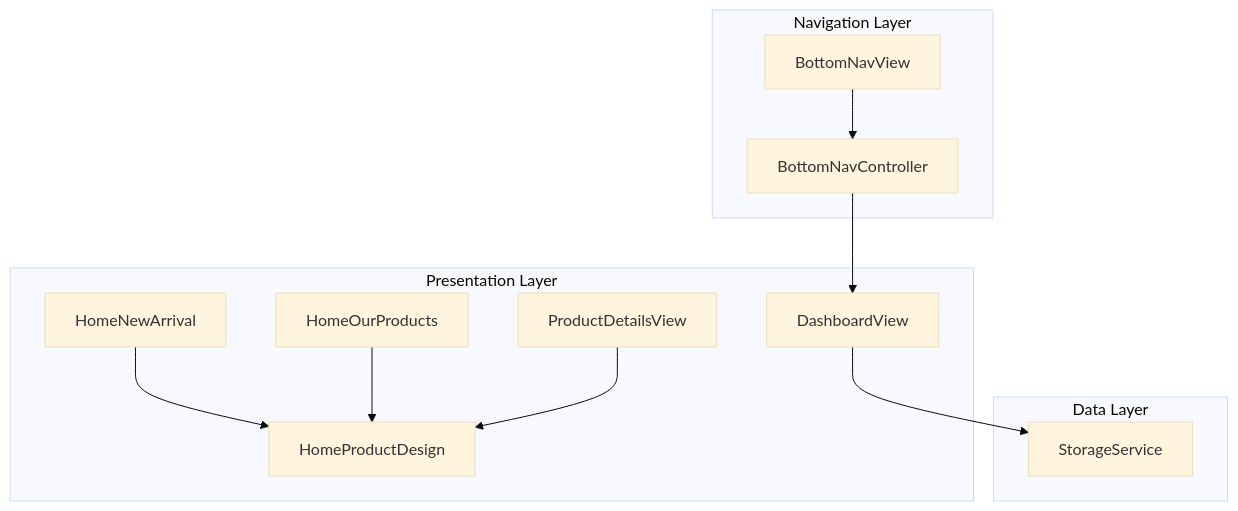
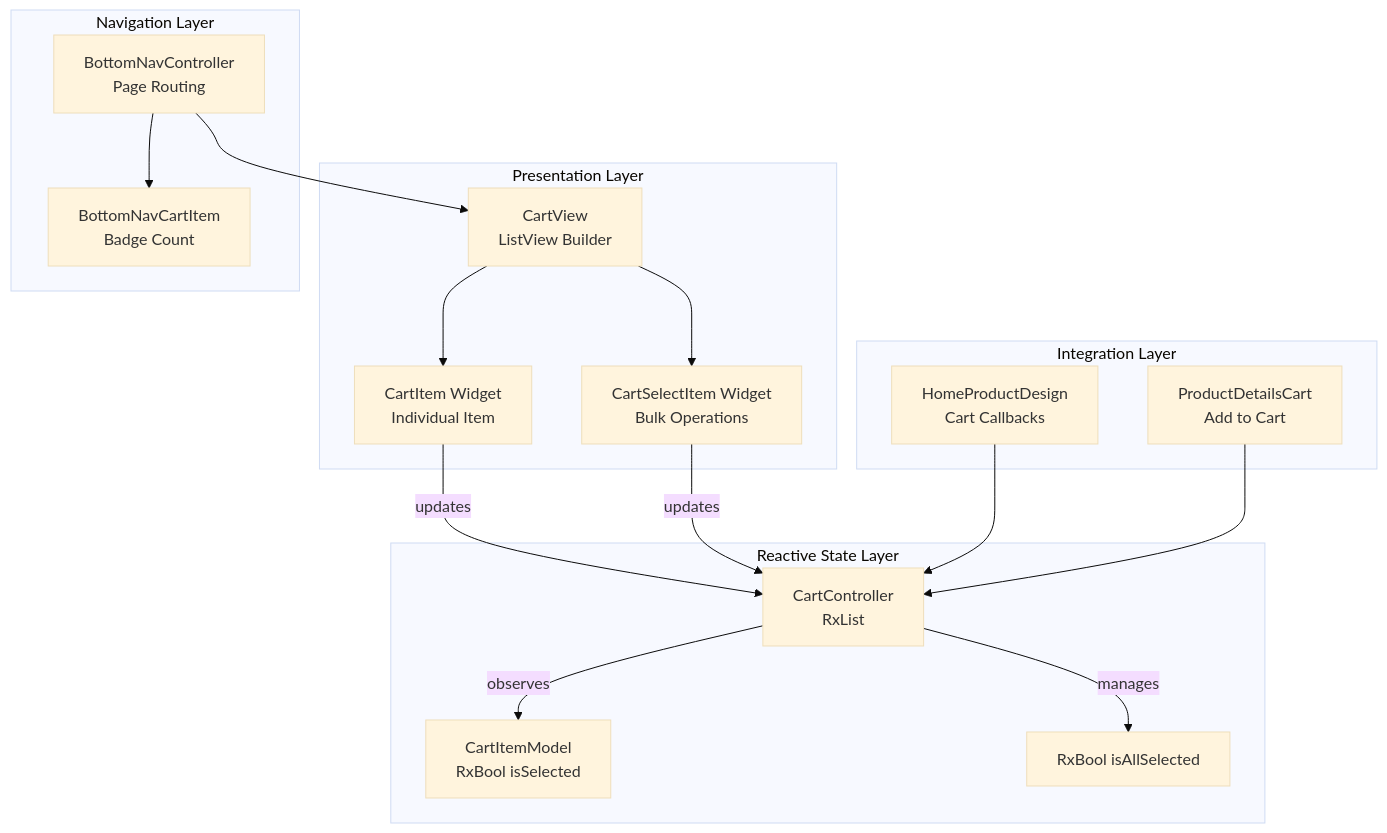
Before and after one commit to Ariful3111/FurniGo: the second of 11 diagrams in .qoder/repowiki/en/content/Core Features/E-commerce Platform/Shopping Cart System.md, drawn with Mermaid (base theme). The commit also changed other lines of this file and 12 other files, not shown here.

````diff
--- a/.qoder/repowiki/en/content/Core Features/E-commerce Platform/Shopping Cart System.md
+++ b/.qoder/repowiki/en/content/Core Features/E-commerce Platform/Shopping Cart System.md
@@ -97,23 +123,21 @@
 ```mermaid
 graph TB
+subgraph "Reactive State Layer"
+CC["CartController<br/>RxList<CartItemModel>"] --> |observes| CIM["CartItemModel<br/>RxBool isSelected"]
+CC --> |manages| ISAS["RxBool isAllSelected"]
+end
 subgraph "Presentation Layer"
-HNA["HomeNewArrival"]
-HOP["HomeOurProducts"]
-HPD["HomeProductDesign"]
-PDV["ProductDetailsView"]
-DASH["DashboardView"]
+CV["CartView<br/>ListView Builder"] --> CI["CartItem Widget<br/>Individual Item"]
+CV --> CSI["CartSelectItem Widget<br/>Bulk Operations"]
+CI --> |updates| CC
+CSI --> |updates| CC
 end
 subgraph "Navigation Layer"
-BN["BottomNavView"]
-BNC["BottomNavController"]
+BNC["BottomNavController<br/>Page Routing"] --> CV
+BNC --> BNCI["BottomNavCartItem<br/>Badge Count"]
 end
-subgraph "Data Layer"
-STORAGE["StorageService"]
+subgraph "Integration Layer"
+HPD["HomeProductDesign<br/>Cart Callbacks"] --> CC
+PDC["ProductDetailsCart<br/>Add to Cart"] --> CC
 end
-HNA --> HPD
-HOP --> HPD
-PDV --> HPD
-BN --> BNC
-BNC --> DASH
-DASH --> STORAGE
 ```
````
